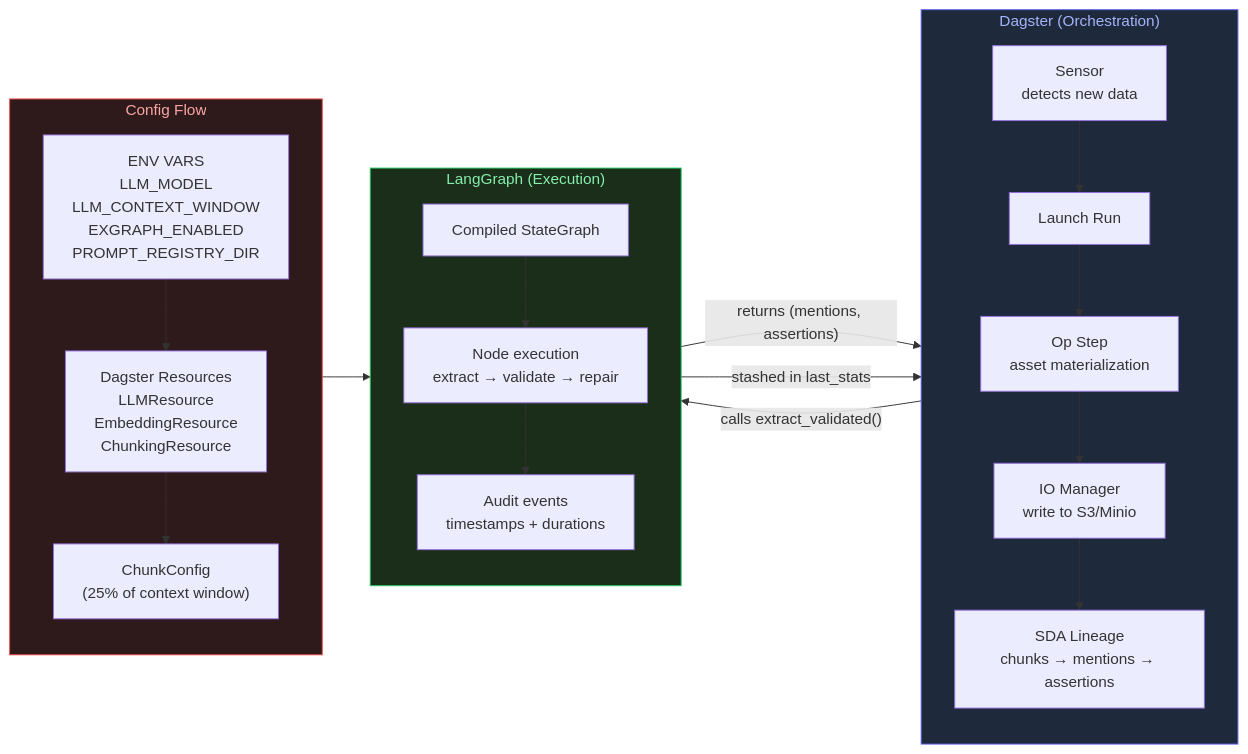
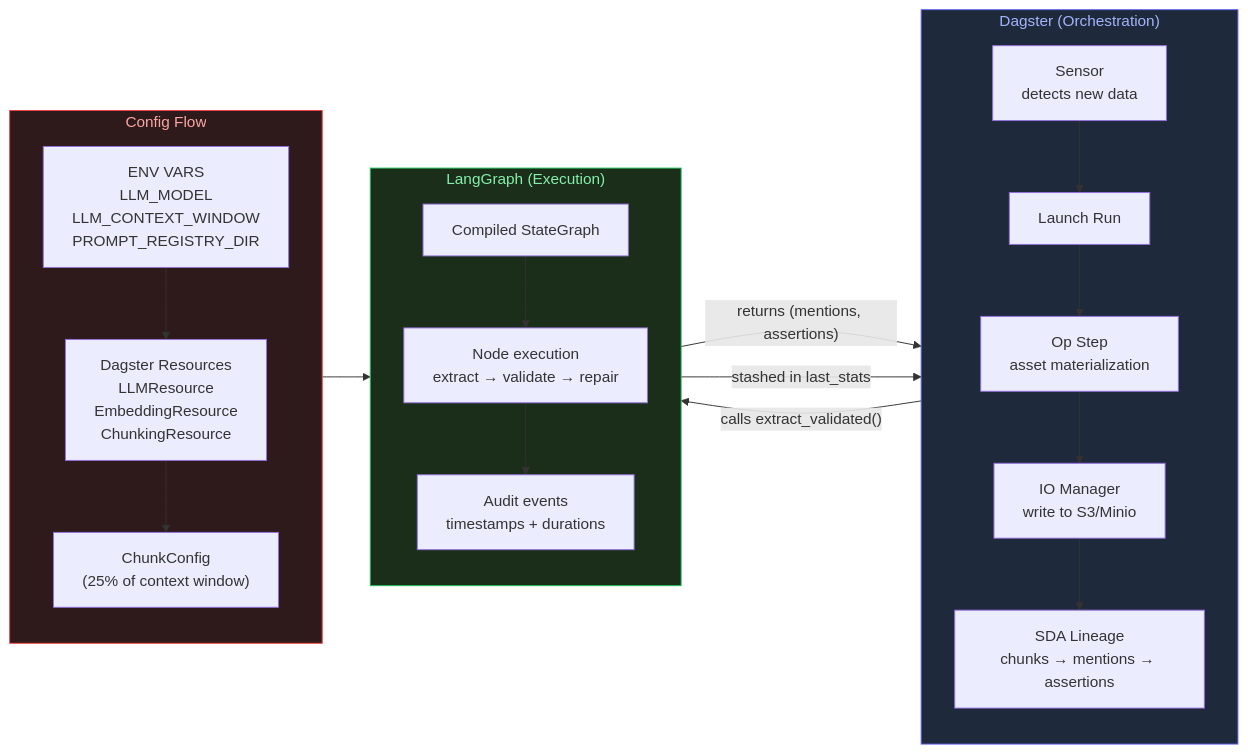
The seventh of 8 diagrams in docs/architecture/pipeline-lineage.md (TheBranchDriftCatalyst/catalyst-data), drawn with Mermaid before and after one commit. The commit also changed 5 other files, not shown here.

First line of the commit message:
docs: scrub v1/v2 + EXGRAPH_ENABLED references after CD-ys8n

````diff
--- a/docs/architecture/pipeline-lineage.md
+++ b/docs/architecture/pipeline-lineage.md
@@ -250,33 +250,33 @@
 ```mermaid
 flowchart LR
     subgraph DAGSTER ["Dagster (Orchestration)"]
         direction TB
         SENSOR[Sensor\ndetects new data] --> LAUNCH[Launch Run]
         LAUNCH --> STEP[Op Step\nasset materialization]
         STEP --> IO[IO Manager\nwrite to S3/Minio]
         IO --> LINEAGE[SDA Lineage\nchunks → mentions → assertions]
     end
 
     subgraph LANGGRAPH ["LangGraph (Execution)"]
         direction TB
         GRAPH[Compiled StateGraph]
         GRAPH --> NODES[Node execution\nextract → validate → repair]
         NODES --> AUDIT[Audit events\ntimestamps + durations]
     end
 
     subgraph CONFIG ["Config Flow"]
         direction TB
-        ENV["ENV VARS\nLLM_MODEL\nLLM_CONTEXT_WINDOW\nEXGRAPH_ENABLED\nPROMPT_REGISTRY_DIR"]
+        ENV["ENV VARS\nLLM_MODEL\nLLM_CONTEXT_WINDOW\nPROMPT_REGISTRY_DIR"]
         RES["Dagster Resources\nLLMResource\nEmbeddingResource\nChunkingResource"]
         CC["ChunkConfig\n(25% of context window)"]
     end
 
     STEP -->|"calls extract_validated()"| GRAPH
     ENV --> RES --> CC --> GRAPH
     GRAPH -->|"returns (mentions, assertions)"| STEP
     AUDIT -->|"stashed in last_stats"| IO
 
     style DAGSTER fill:#1e293b,stroke:#6366f1,color:#a5b4fc
     style LANGGRAPH fill:#1a2e1a,stroke:#22c55e,color:#86efac
     style CONFIG fill:#2e1a1a,stroke:#ef4444,color:#fca5a5
 ```
````
